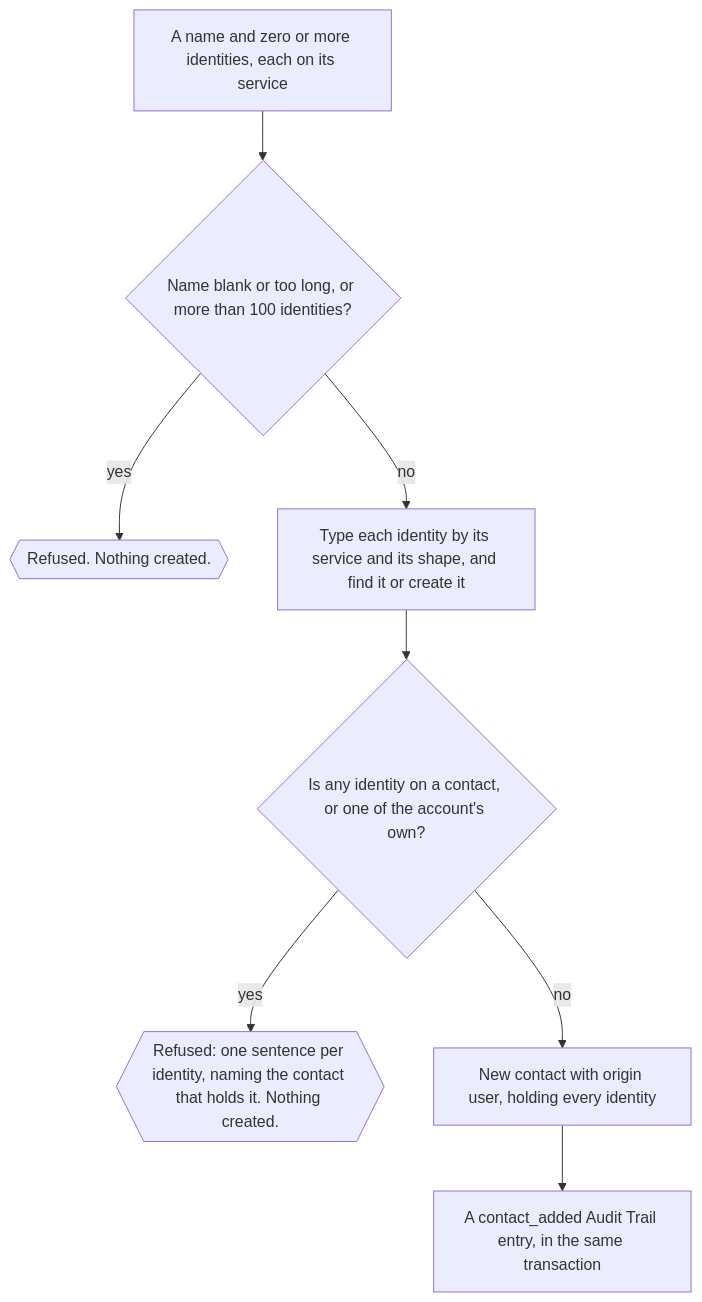
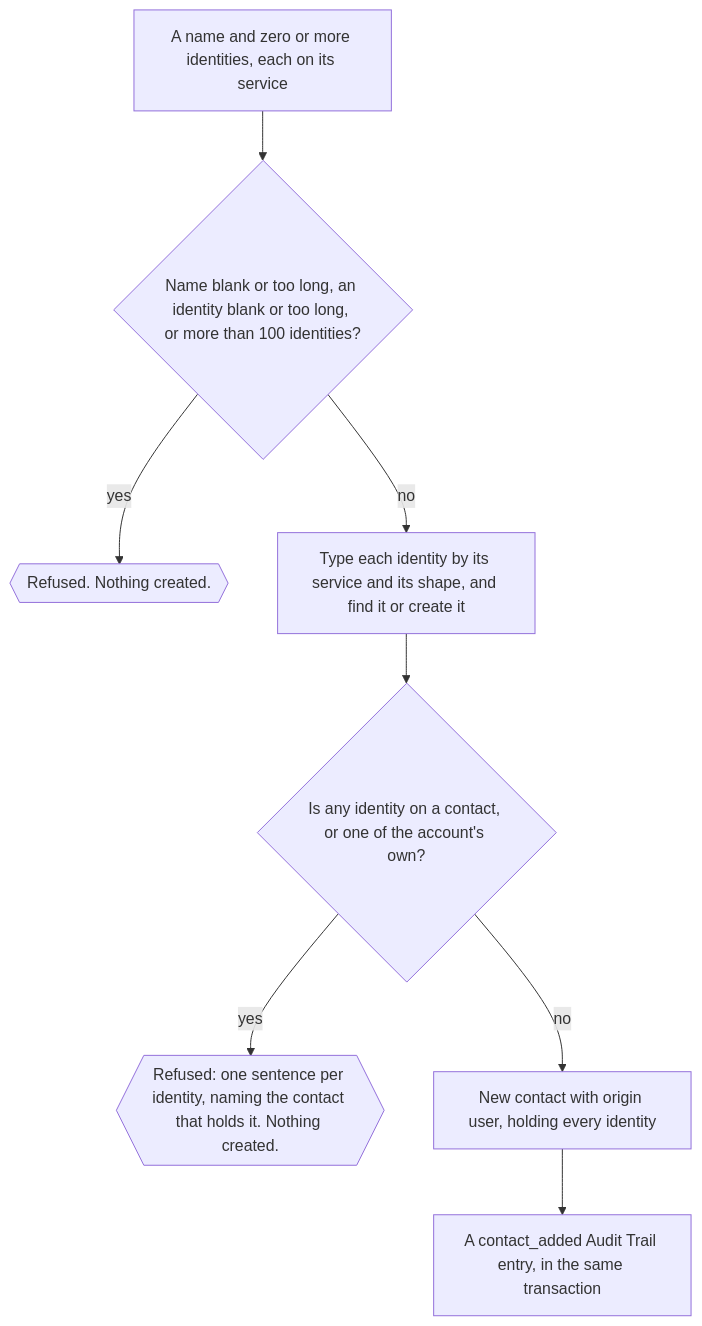
Before and after one commit to messagecrate/message-crate: the ninth of 11 diagrams in docs/architecture/how-contacts-are-made-and-changed.md, drawn with Mermaid. The commit also changed other lines of this file, not shown here.

First line of the commit message:
Say on the architecture page where the Audit Trail's contact entries depart from CONTACT-59 today

````diff
--- a/docs/architecture/how-contacts-are-made-and-changed.md
+++ b/docs/architecture/how-contacts-are-made-and-changed.md
@@ -444,10 +444,10 @@
 ```mermaid
 flowchart TD
-  A["A name and zero or more identities, each on its service"] --> B{"Name blank or too long, or more than 100 identities?"}
+  A["A name and zero or more identities, each on its service"] --> B{"Name blank or too long, an identity blank or too long, or more than 100 identities?"}
   B -- yes --> R1{{"Refused. Nothing created."}}
   B -- no --> C["Type each identity by its service and its shape, and find it or create it"]
   C --> D{"Is any identity on a contact, or one of the account's own?"}
   D -- yes --> R2{{"Refused: one sentence per identity, naming the contact that holds it. Nothing created."}}
   D -- no --> E["New contact with origin user, holding every identity"]
   E --> F["A contact_added Audit Trail entry, in the same transaction"]
 ```
````
